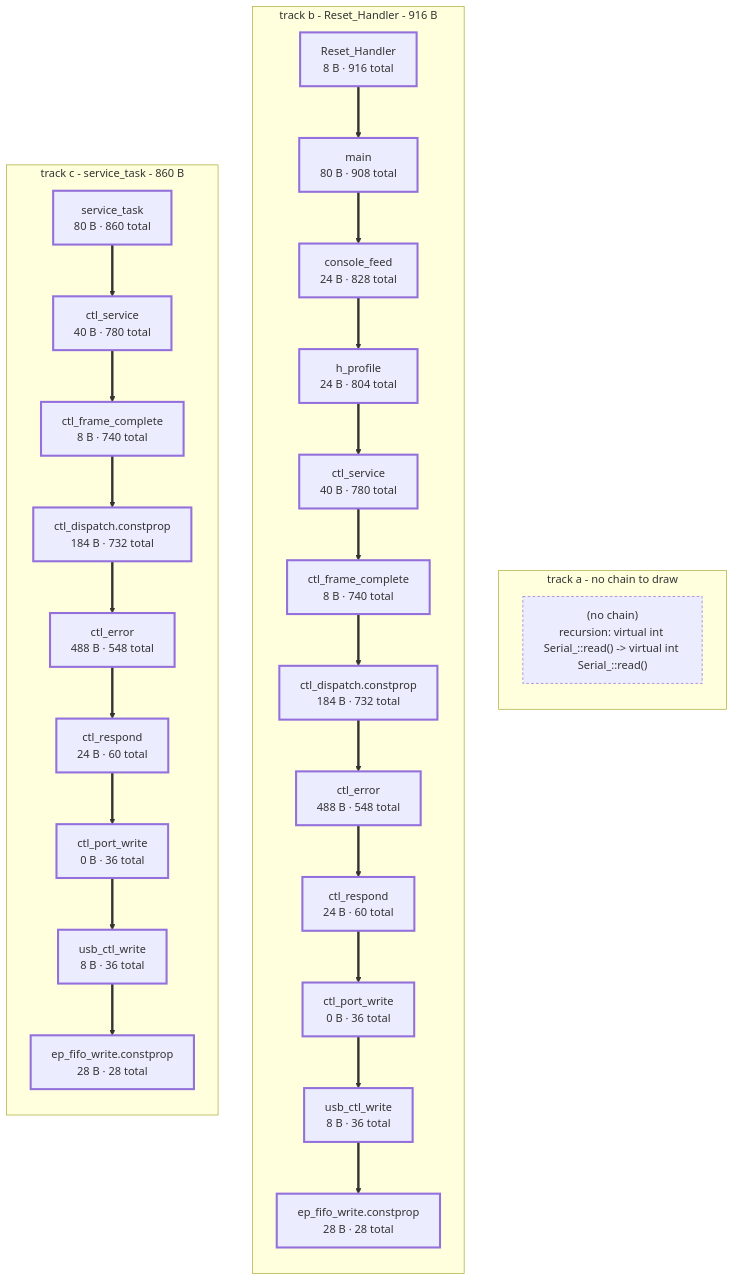
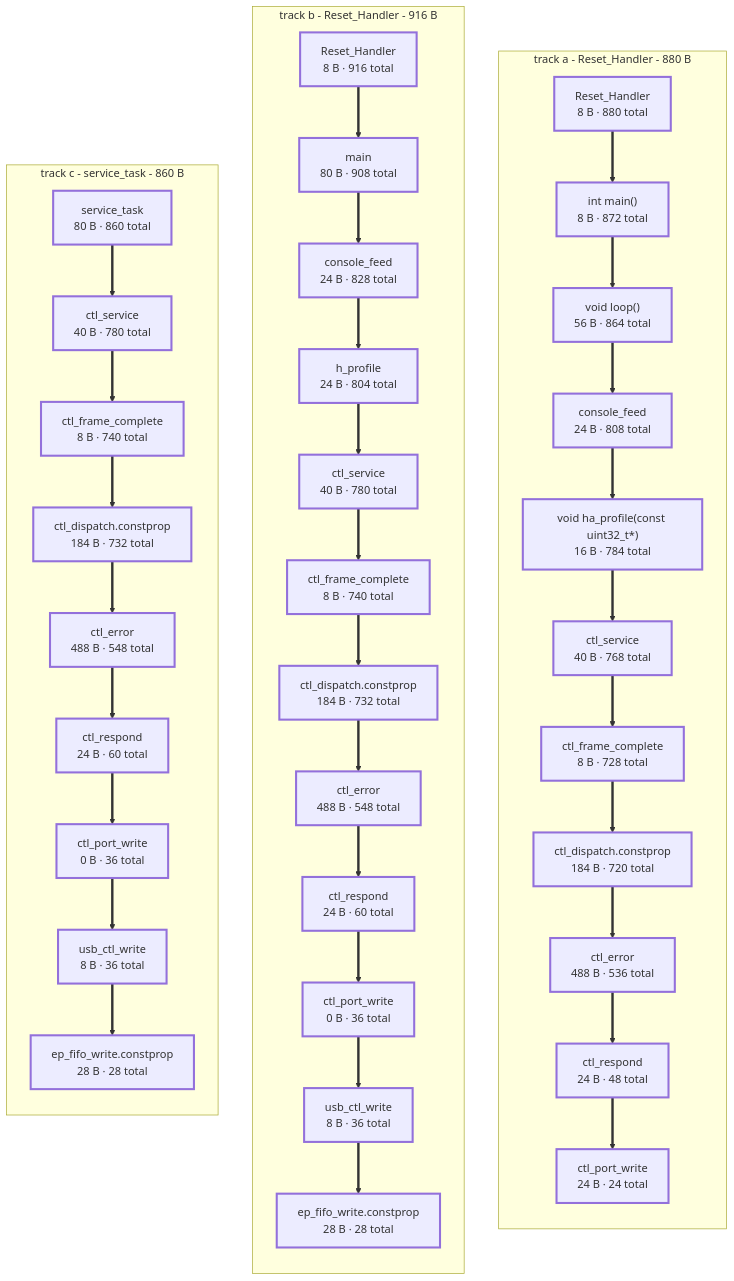
One commit to jerryrt/due_oscilloscope changed the diagram in docs/stack-depth.md. Above: the diagram before and after it, drawn with Mermaid. The commit also changed other lines of this file and 1 other file, not shown here.

````diff
--- a/docs/stack-depth.md
+++ b/docs/stack-depth.md
@@ -194,8 +254,28 @@
 ```mermaid
 graph TD
-  subgraph sg_a["track a - no chain to draw"]
+  subgraph sg_a["track a - Reset_Handler - 880 B"]
   direction TB
-    a_none["(no chain)<br/>recursion: virtual int Serial_::read() -#gt; virtual int Serial_::read()"]
+    a0["Reset_Handler<br/>8 B · 880 total"]
+    a1["int main()<br/>8 B · 872 total"]
+    a2["void loop()<br/>56 B · 864 total"]
+    a3["console_feed<br/>24 B · 808 total"]
+    a4["void ha_profile(const uint32_t*)<br/>16 B · 784 total"]
+    a5["ctl_service<br/>40 B · 768 total"]
+    a6["ctl_frame_complete<br/>8 B · 728 total"]
+    a7["ctl_dispatch.constprop<br/>184 B · 720 total"]
+    a8["ctl_error<br/>488 B · 536 total"]
+    a9["ctl_respond<br/>24 B · 48 total"]
+    a10["ctl_port_write<br/>24 B · 24 total"]
+    a0 ==> a1
+    a1 ==> a2
+    a2 ==> a3
+    a3 ==> a4
+    a4 ==> a5
+    a5 ==> a6
+    a6 ==> a7
+    a7 ==> a8
+    a8 ==> a9
+    a9 ==> a10
   end
   subgraph sg_b["track b - Reset_Handler - 916 B"]
   direction TB
@@ -243,6 +323,17 @@
     c6 ==> c7
     c7 ==> c8
   end
+  style a0 stroke-width:3px
+  style a1 stroke-width:3px
+  style a10 stroke-width:3px
+  style a2 stroke-width:3px
+  style a3 stroke-width:3px
+  style a4 stroke-width:3px
+  style a5 stroke-width:3px
+  style a6 stroke-width:3px
+  style a7 stroke-width:3px
+  style a8 stroke-width:3px
+  style a9 stroke-width:3px
   style b0 stroke-width:3px
   style b1 stroke-width:3px
   style b10 stroke-width:3px
@@ -264,5 +355,4 @@
   style c6 stroke-width:3px
   style c7 stroke-width:3px
   style c8 stroke-width:3px
-  style a_none stroke-dasharray:4 3
 ```
````
